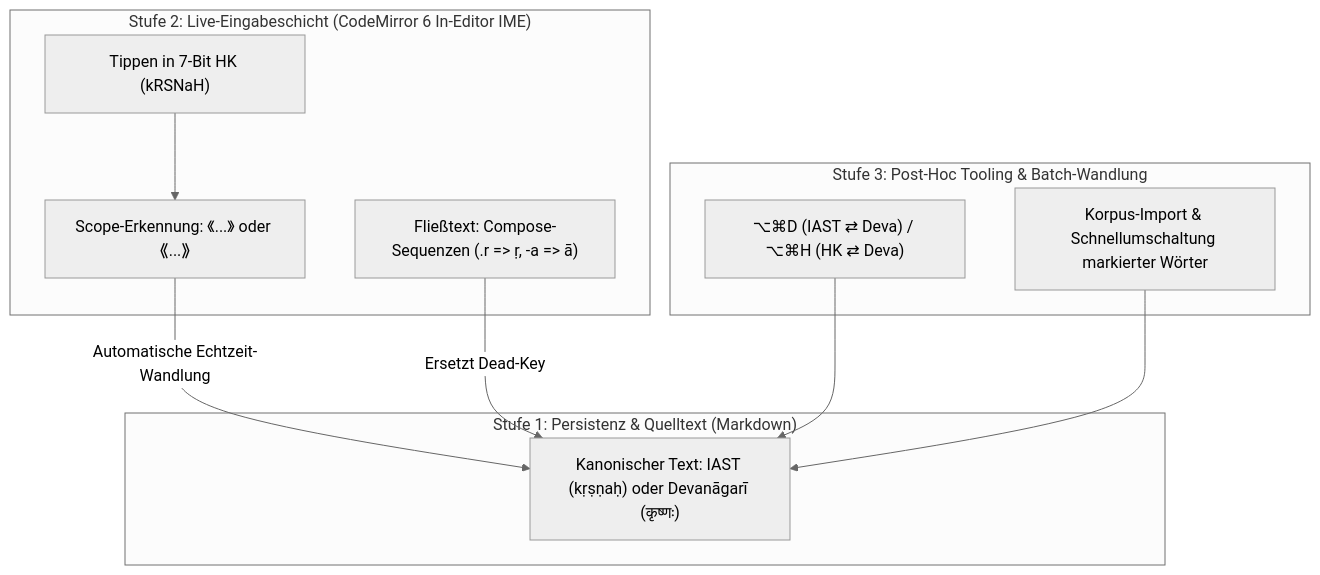
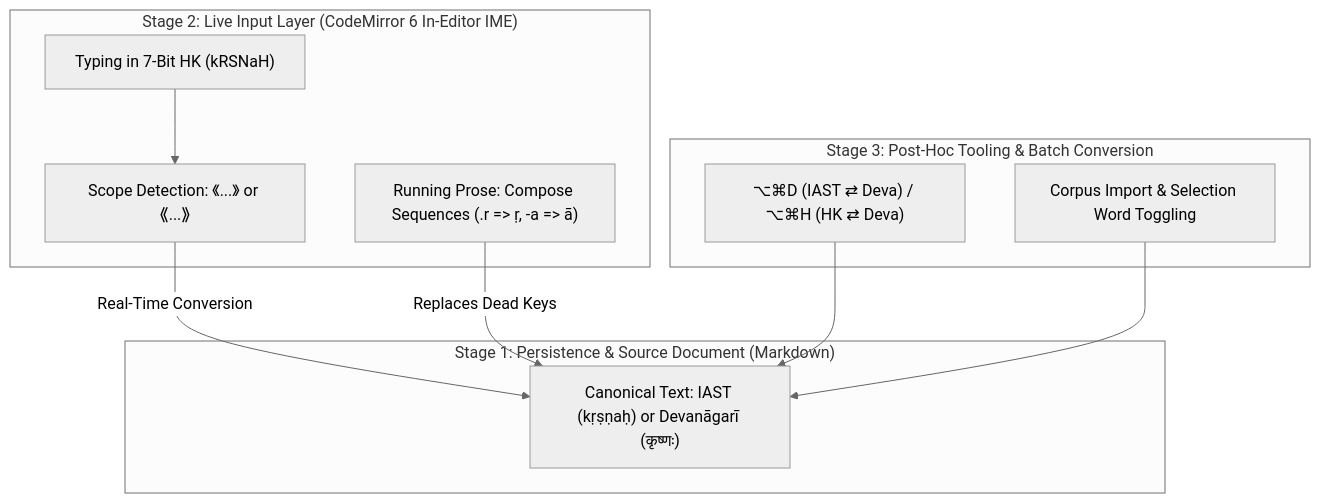
One commit to marcodem/zentauri changed the diagram in docs/scholarly-input-architecture.md. Above: the diagram before and after it, drawn with Mermaid (neutral theme). The commit also changed other lines of this file and 12 other files, not shown here.

````diff
--- a/docs/scholarly-input-architecture.md
+++ b/docs/scholarly-input-architecture.md
@@ -41,22 +41,22 @@
 ```mermaid
 flowchart TD
-    subgraph Stufe1["Stufe 1: Persistenz & Quelltext (Markdown)"]
-        DOC["Kanonischer Text: IAST (kṛṣṇaḥ) oder Devanāgarī (कृष्णः)"]
+    subgraph Stage1["Stage 1: Persistence & Source Document (Markdown)"]
+        DOC["Canonical Text: IAST (kṛṣṇaḥ) or Devanāgarī (कृष्णः)"]
     end
 
-    subgraph Stufe2["Stufe 2: Live-Eingabeschicht (CodeMirror 6 In-Editor IME)"]
-        SCOPE["Scope-Erkennung: 《...》 oder ⟪...⟫"]
-        HK_INPUT["Tippen in 7-Bit HK (kRSNaH)"]
-        COMPOSE["Fließtext: Compose-Sequenzen (.r => ṛ, -a => ā)"]
-        SCOPE -->|Automatische Echtzeit-Wandlung| DOC
-        COMPOSE -->|Ersetzt Dead-Key| DOC
+    subgraph Stage2["Stage 2: Live Input Layer (CodeMirror 6 In-Editor IME)"]
+        SCOPE["Scope Detection: 《...》 or ⟪...⟫"]
+        HK_INPUT["Typing in 7-Bit HK (kRSNaH)"]
+        COMPOSE["Running Prose: Compose Sequences (.r => ṛ, -a => ā)"]
+        SCOPE -->|Real-Time Conversion| DOC
+        COMPOSE -->|Replaces Dead Keys| DOC
         HK_INPUT --> SCOPE
     end
 
-    subgraph Stufe3["Stufe 3: Post-Hoc Tooling & Batch-Wandlung"]
+    subgraph Stage3["Stage 3: Post-Hoc Tooling & Batch Conversion"]
         SHORTCUTS["⌥⌘D (IAST ⇄ Deva) / ⌥⌘H (HK ⇄ Deva)"]
-        BATCH["Korpus-Import & Schnellumschaltung markierter Wörter"]
+        BATCH["Corpus Import & Selection Word Toggling"]
         SHORTCUTS --> DOC
         BATCH --> DOC
     end
 ```
````
